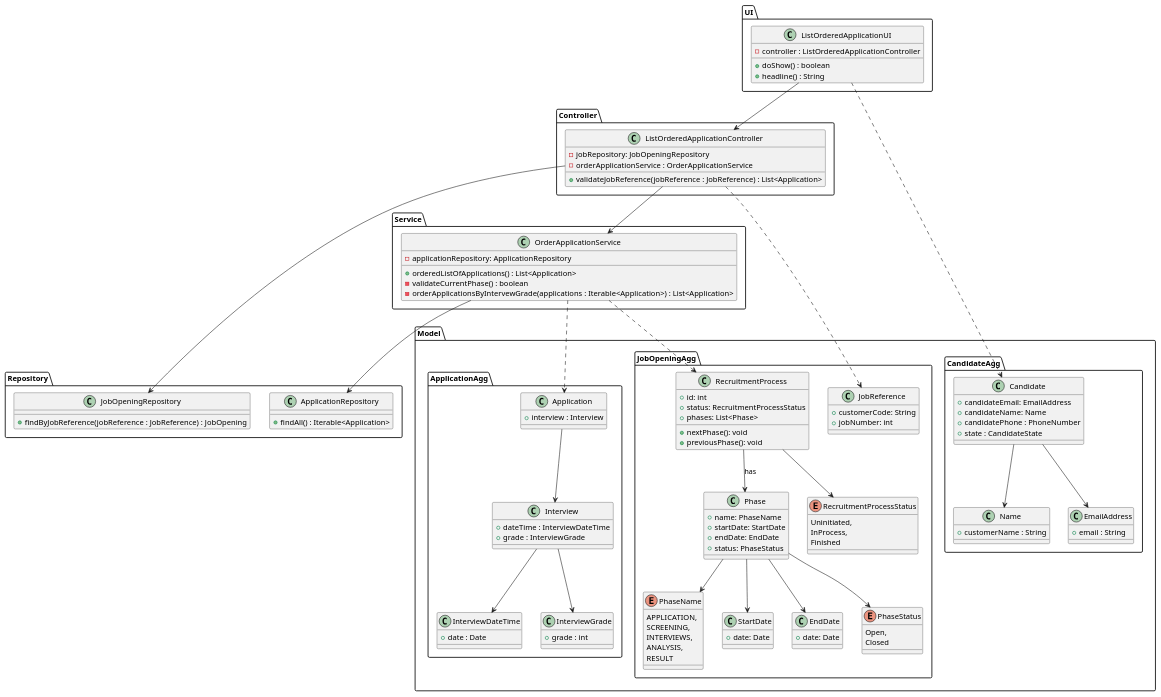
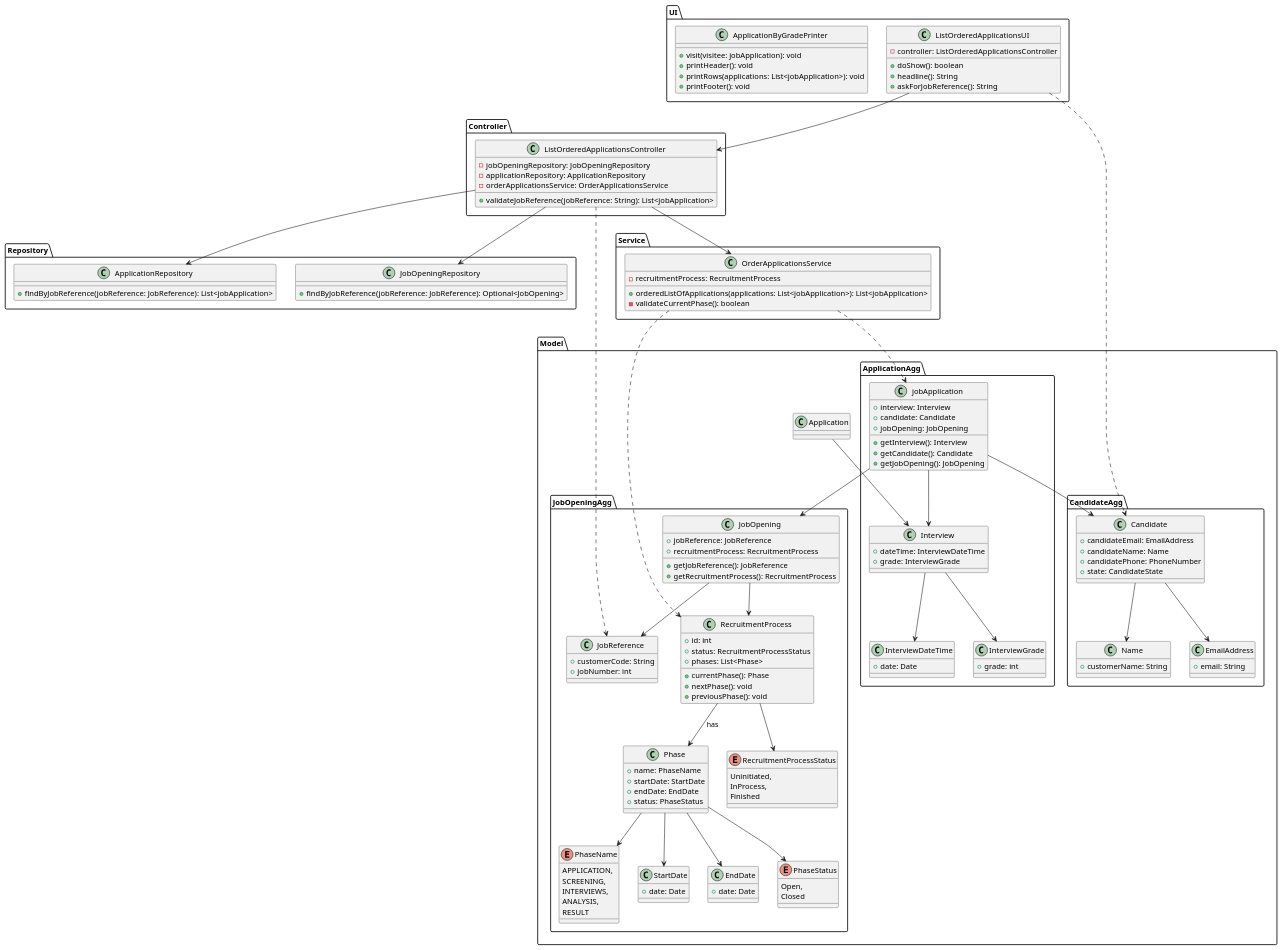
The diagram in docs/sprintC/US1019/03.design/puml/CD.puml (Mendoncaa/LAPR4), drawn with PlantUML before and after one commit. The commit also changed 7 other files, not shown here.

```diff
--- a/docs/sprintC/US1019/03.design/puml/CD.puml
+++ b/docs/sprintC/US1019/03.design/puml/CD.puml
@@ -1,146 +1,169 @@
 @startuml ClassDiagram
 
-package UI{
-    class ListOrderedApplicationUI{
-        - controller : ListOrderedApplicationController
-        + doShow() : boolean
-        + headline() : String
+package UI {
+    class ListOrderedApplicationsUI {
+        - controller: ListOrderedApplicationsController
+        + doShow(): boolean
+        + headline(): String
+        + askForJobReference(): String
+    }
+    class ApplicationByGradePrinter {
+        + visit(visitee: jobApplication): void
+        + printHeader(): void
+        + printRows(applications: List<jobApplication>): void
+        + printFooter(): void
     }
 }
+
 package Controller {
-    class ListOrderedApplicationController {
-        - jobRepository: JobOpeningRepository
-        - orderApplicationService : OrderApplicationService
-        + validateJobReference(jobReference : JobReference) : List<Application>
+    class ListOrderedApplicationsController {
+        - jobOpeningRepository: JobOpeningRepository
+        - applicationRepository: ApplicationRepository
+        - orderApplicationsService: OrderApplicationsService
+        + validateJobReference(jobReference: String): List<jobApplication>
     }
 }
 
 package Service {
-    class OrderApplicationService {
-        - applicationRepository: ApplicationRepository
-        + orderedListOfApplications() : List<Application>
-        - validateCurrentPhase() : boolean
-        - orderApplicationsByIntervewGrade(applications : Iterable<Application>) : List<Application>
+    class OrderApplicationsService {
+        - recruitmentProcess: RecruitmentProcess
+        + orderedListOfApplications(applications: List<jobApplication>): List<jobApplication>
+        - validateCurrentPhase(): boolean
     }
 }
 
 package Repository {
     class JobOpeningRepository {
-        + findByJobReference(jobReference : JobReference) : JobOpening
+        + findByJobReference(jobReference: JobReference): Optional<JobOpening>
     }
     class ApplicationRepository {
-        + findAll() : Iterable<Application>
+        + findByJobReference(jobReference: JobReference): List<jobApplication>
     }
 }
 
 package Model {
 
     package CandidateAgg {
-
         class Candidate {
             + candidateEmail: EmailAddress
             + candidateName: Name
-            + candidatePhone : PhoneNumber
-            + state : CandidateState
+            + candidatePhone: PhoneNumber
+            + state: CandidateState
         }
 
         class Name {
-            + customerName : String
+            + customerName: String
         }
         class EmailAddress {
-            + email : String
+            + email: String
         }
     }
 
     package JobOpeningAgg {
-
         class JobReference {
             + customerCode: String
             + jobNumber: int
         }
 
+        class JobOpening {
+            + jobReference: JobReference
+            + recruitmentProcess: RecruitmentProcess
+            + getJobReference(): JobReference
+            + getRecruitmentProcess(): RecruitmentProcess
+        }
+
         class RecruitmentProcess {
-            +id: int
-            +status: RecruitmentProcessStatus
-            +phases: List<Phase>
+            + id: int
+            + status: RecruitmentProcessStatus
+            + phases: List<Phase>
+            + currentPhase(): Phase
             + nextPhase(): void
             + previousPhase(): void
         }
 
         class Phase {
-            +name: PhaseName
-            +startDate: StartDate
-            +endDate: EndDate
-            +status: PhaseStatus
+            + name: PhaseName
+            + startDate: StartDate
+            + endDate: EndDate
+            + status: PhaseStatus
         }
 
         enum PhaseName {
             APPLICATION,
             SCREENING,
             INTERVIEWS,
             ANALYSIS,
             RESULT
         }
 
         class StartDate {
-            +date: Date
+            + date: Date
         }
 
         class EndDate {
-            +date: Date
+            + date: Date
         }
 
         enum PhaseStatus {
             Open,
             Closed
         }
 
         enum RecruitmentProcessStatus {
             Uninitiated,
             InProcess,
             Finished
         }
     }
 
     package ApplicationAgg {
+        class jobApplication {
+            + interview: Interview
+            + candidate: Candidate
+            + jobOpening: JobOpening
+            + getInterview(): Interview
+            + getCandidate(): Candidate
+            + getJobOpening(): JobOpening
+        }
 
-       class Application{
-            + interview : Interview
-       }
+        class Interview {
+            + dateTime: InterviewDateTime
+            + grade: InterviewGrade
+        }
 
-       class Interview{
-          + dateTime : InterviewDateTime
-          + grade : InterviewGrade
-       }
+        class InterviewDateTime {
+            + date: Date
+        }
 
-       class InterviewDateTime{
-          + date : Date
-       }
-
-       class InterviewGrade{
-          + grade : int
-       }
+        class InterviewGrade {
+            + grade: int
+        }
     }
 
     Candidate --> Name
     Candidate --> EmailAddress
-    RecruitmentProcess --> Phase : "has"
+    RecruitmentProcess --> Phase: "has"
     Phase --> PhaseName
     Phase --> StartDate
     Phase --> EndDate
     Phase --> PhaseStatus
     RecruitmentProcess --> RecruitmentProcessStatus
     Application --> Interview
     Interview --> InterviewDateTime
     Interview --> InterviewGrade
+    JobOpening --> JobReference
+    JobOpening --> RecruitmentProcess
+    jobApplication --> Interview
+    jobApplication --> Candidate
+    jobApplication --> JobOpening
 }
-ListOrderedApplicationUI --> ListOrderedApplicationController
-ListOrderedApplicationController --> OrderApplicationService
-OrderApplicationService --> ApplicationRepository
-OrderApplicationService ..> RecruitmentProcess
-ListOrderedApplicationUI ..> Candidate
-ListOrderedApplicationController ..> JobReference
-ListOrderedApplicationController --> JobOpeningRepository
-OrderApplicationService ..> Application
-}
+
+ListOrderedApplicationsUI --> ListOrderedApplicationsController
+ListOrderedApplicationsController --> OrderApplicationsService
+OrderApplicationsService ..> RecruitmentProcess
+ListOrderedApplicationsUI ..> Candidate
+ListOrderedApplicationsController ..> JobReference
+ListOrderedApplicationsController --> JobOpeningRepository
+ListOrderedApplicationsController --> ApplicationRepository
+OrderApplicationsService ..> jobApplication
 @enduml
```
